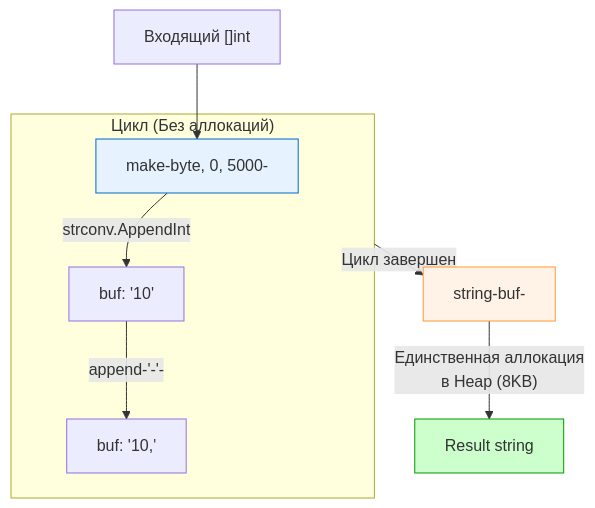
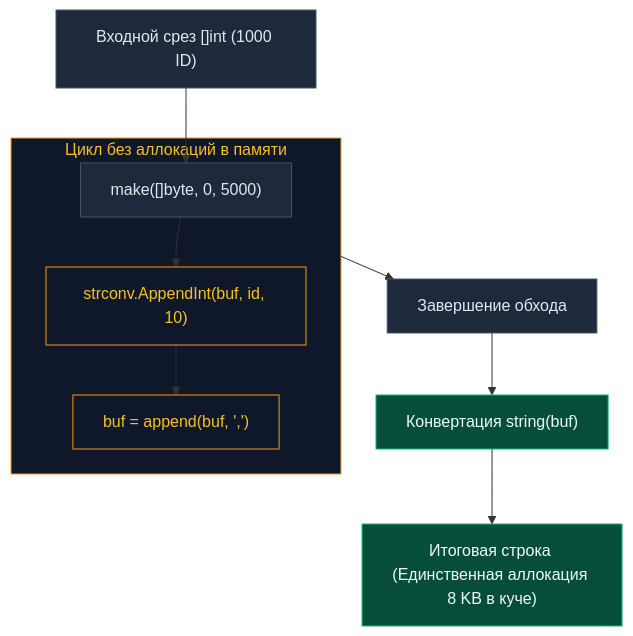
One commit to UnrealTemplier/go-textbook changed the diagram in sources/15. Тестирование в Go (QA & Testing)/02. testing пакет/11. Пример benchmarking и анализ результатов.md. Above: the diagram before and after it, drawn with Mermaid. The commit also changed other lines of this file, not shown here.

````diff
--- a/sources/15. Тестирование в Go (QA & Testing)/02. testing пакет/11. Пример benchmarking и анализ результатов.md
+++ b/sources/15. Тестирование в Go (QA & Testing)/02. testing пакет/11. Пример benchmarking и анализ результатов.md
@@ -146,16 +171,21 @@
 ```mermaid
 flowchart TD
-    A["Входящий []int"] --> B["make-byte, 0, 5000-"]
+    A["Входной срез []int (1000 ID)"] --> B["make([]byte, 0, 5000)"]
     
-    subgraph Iteration ["Цикл (Без аллокаций)"]
-        B -->|strconv.AppendInt| C["buf: '10'"]
-        C -->|append-'-'-| D["buf: '10,'"]
+    subgraph ZeroAllocLoop ["Цикл без аллокаций в памяти"]
+        B --> C["strconv.AppendInt(buf, id, 10)"]
+        C --> D["buf = append(buf, ',')"]
     end
     
-    Iteration -->|Цикл завершен| E["string-buf-"]
-    E -->|"Единственная аллокация<br>в Heap (8KB)"| F["Result string"]
-    
-    style B fill:#e6f3ff,stroke:#0066cc
-    style E fill:#fff2e6,stroke:#ff9933
-    style F fill:#ccffcc,stroke:#009900
+    ZeroAllocLoop --> E["Завершение обхода"]
+    E --> F["Конвертация string(buf)"]
+    F --> G["Итоговая строка (Единственная аллокация 8 KB в куче)"]
+
+    classDef proc fill:#1e293b,stroke:#475569,stroke-width:1px,color:#e2e8f0;
+    classDef loop fill:#0f172a,stroke:#f59e0b,stroke-width:1px,color:#fbbf24;
+    classDef win fill:#064e3b,stroke:#10b981,stroke-width:1px,color:#ecfdf5;
+
+    class A,B,E proc;
+    class ZeroAllocLoop,C,D loop;
+    class F,G win;
 ```
````
